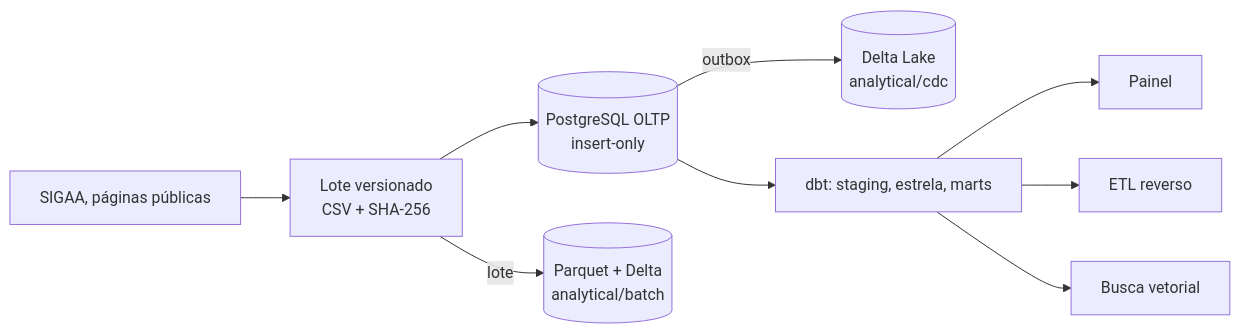
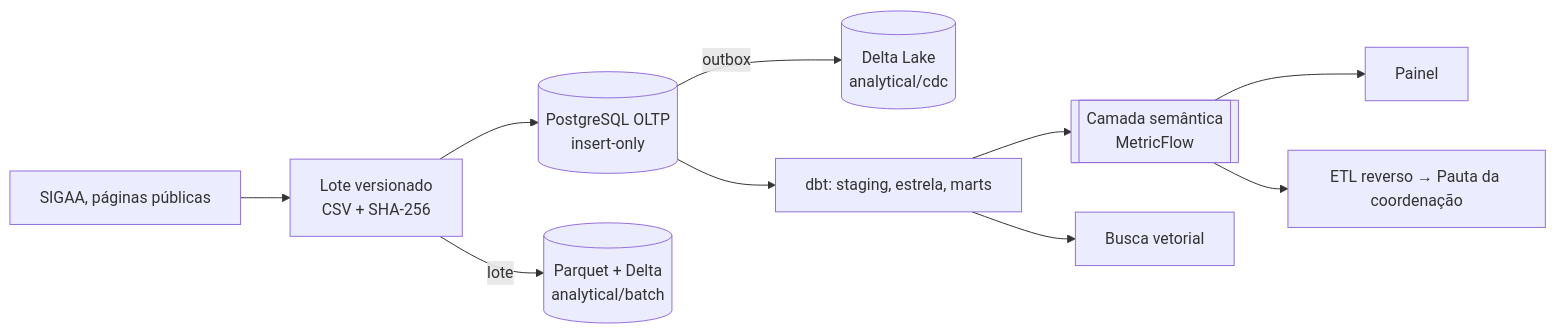
The diagram in docs/index.md (Trajetorias-Academicas-BD2-2026-2/documentation), drawn with Mermaid before and after one commit. The commit also changed other lines of this file and 19 other files, not shown here.

Commit message:
Documentar a E4: semântica, ETL reverso, acesso, LGPD, catálogo, ADRs e defesa

````diff
--- a/docs/index.md
+++ b/docs/index.md
@@ -69,11 +77,12 @@
 ```mermaid
 flowchart LR
     A[SIGAA, páginas públicas] --> B[Lote versionado<br/>CSV + SHA-256]
     B --> C[(PostgreSQL OLTP<br/>insert-only)]
     C -->|outbox| D[(Delta Lake<br/>analytical/cdc)]
     B -->|lote| E[(Parquet + Delta<br/>analytical/batch)]
     C --> F[dbt: staging, estrela, marts]
-    F --> G[Painel]
-    F --> H[ETL reverso]
+    F --> M[[Camada semântica<br/>MetricFlow]]
+    M --> G[Painel]
+    M --> H[ETL reverso → Pauta da coordenação]
     F --> I[Busca vetorial]
 ```
````
